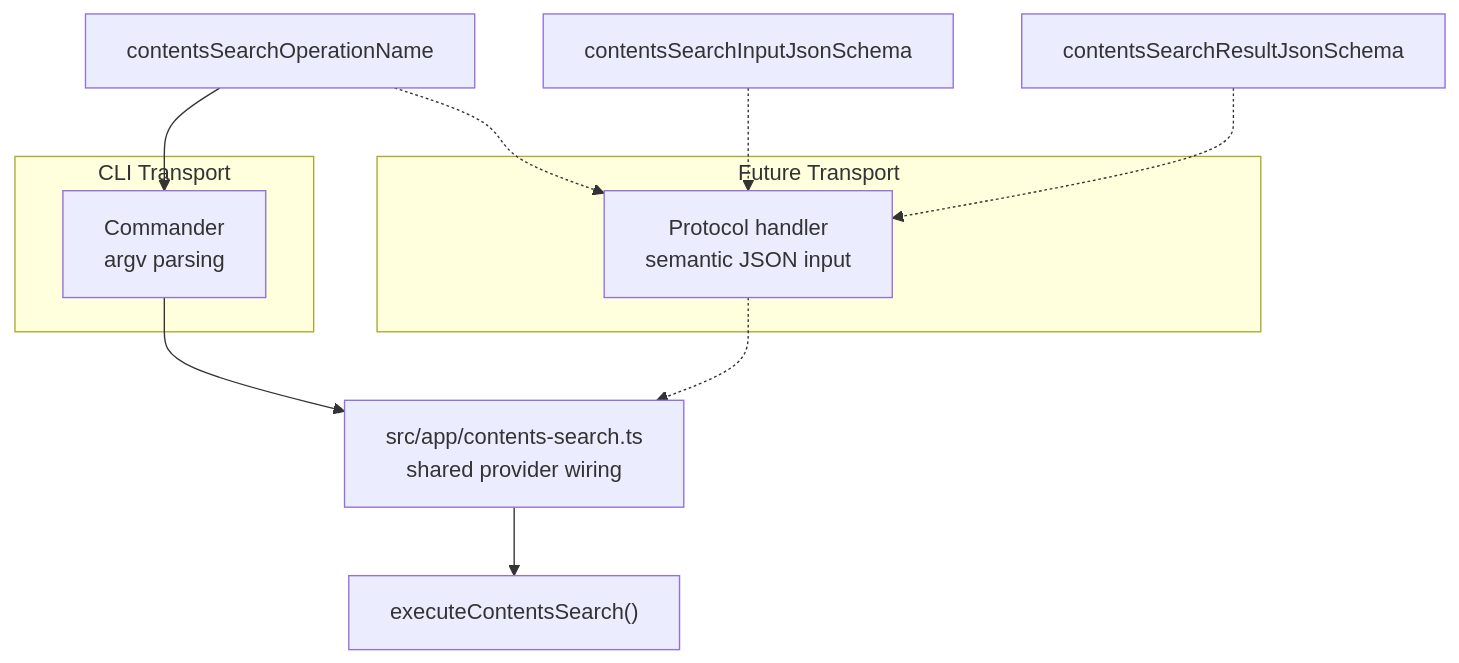
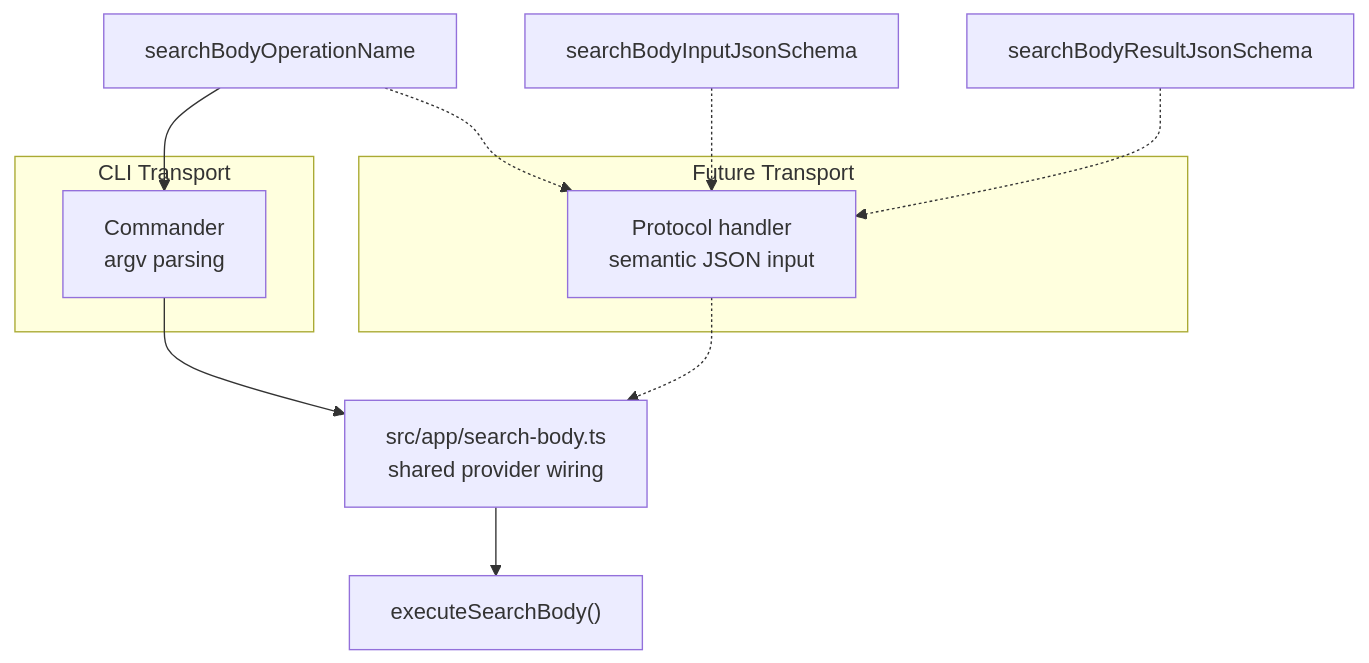
The sixth of 6 diagrams in src/ARCHITECTURE.md (cpaikr/darty), drawn with Mermaid before and after one commit. The commit also changed other lines of this file and 101 other files, not shown here.

````diff
--- a/src/ARCHITECTURE.md
+++ b/src/ARCHITECTURE.md
@@ -293,24 +293,24 @@
 ```mermaid
 graph TD
     subgraph CLI["CLI Transport"]
         CLI_CMD["Commander\nargv parsing"]
     end
 
     subgraph Future["Future Transport"]
         ADAPTER["Protocol handler\nsemantic JSON input"]
     end
 
-    OP_ID["contentsSearchOperationName"]
-    INPUT_SCHEMA["contentsSearchInputJsonSchema"]
-    RESULT_SCHEMA["contentsSearchResultJsonSchema"]
-    COMPOSE["src/app/contents-search.ts\nshared provider wiring"]
-    EXEC["executeContentsSearch()"]
+    OP_ID["searchBodyOperationName"]
+    INPUT_SCHEMA["searchBodyInputJsonSchema"]
+    RESULT_SCHEMA["searchBodyResultJsonSchema"]
+    COMPOSE["src/app/search-body.ts\nshared provider wiring"]
+    EXEC["executeSearchBody()"]
 
     OP_ID --> CLI_CMD
     OP_ID -.-> ADAPTER
     INPUT_SCHEMA -.-> ADAPTER
     RESULT_SCHEMA -.-> ADAPTER
     CLI_CMD --> COMPOSE
     ADAPTER -.-> COMPOSE
     COMPOSE --> EXEC
 ```
````
